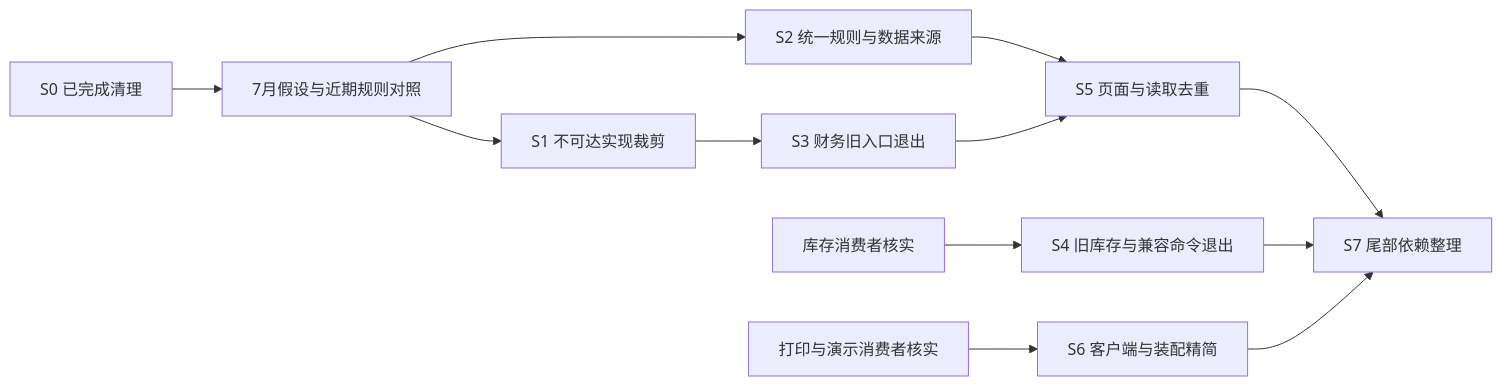
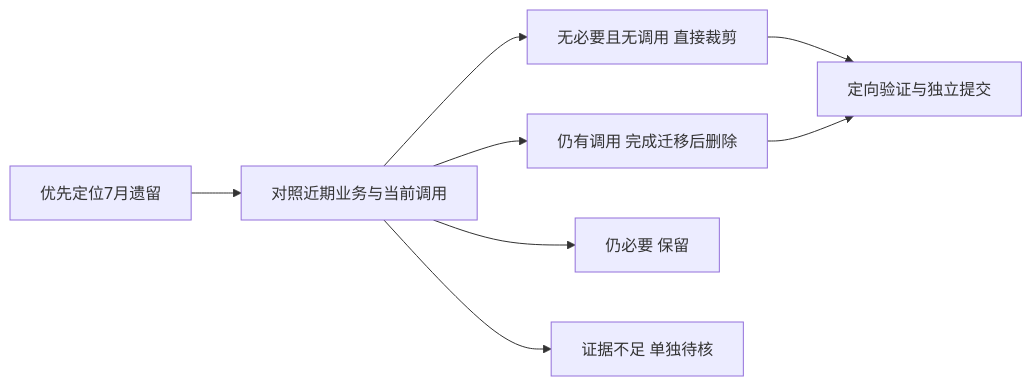
One commit to sxliuchen-hash/zhubao-ERP changed the diagram in docs/系统级代码瘦身方案.md. Above: the diagram before and after it, drawn with Mermaid. The commit also changed other lines of this file and 1 other file, not shown here.

First line of the commit message:
docs: clarify code slimming plan sequence

````diff
--- a/docs/系统级代码瘦身方案.md
+++ b/docs/系统级代码瘦身方案.md
@@ -157,14 +60,10 @@
 ```mermaid
 flowchart LR
-  A[S0 已完成清理] --> R[7月假设与近期规则对照]
-  R --> B[S1 不可达实现裁剪]
-  R --> C[S2 统一规则与数据来源]
-  B --> D[S3 财务旧入口退出]
-  E[库存消费者核实] --> F[S4 旧库存与兼容命令退出]
-  C --> G[S5 页面与读取去重]
+  A[优先定位7月遗留] --> B[对照近期业务与当前调用]
+  B --> C[无必要且无调用 直接裁剪]
+  B --> D[仍有调用 完成迁移后删除]
+  B --> E[仍必要 保留]
+  B --> F[证据不足 单独待核]
+  C --> G[定向验证与独立提交]
   D --> G
-  H[打印与演示消费者核实] --> I[S6 客户端与装配精简]
-  G --> J[S7 尾部依赖整理]
-  F --> J
-  I --> J
 ```
````
